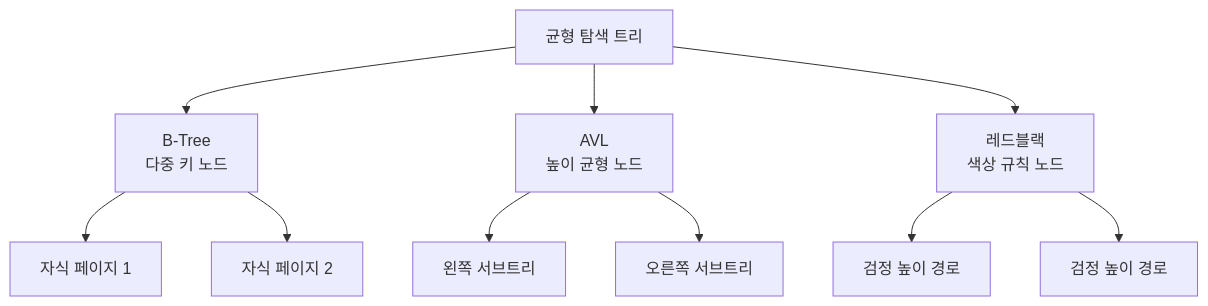
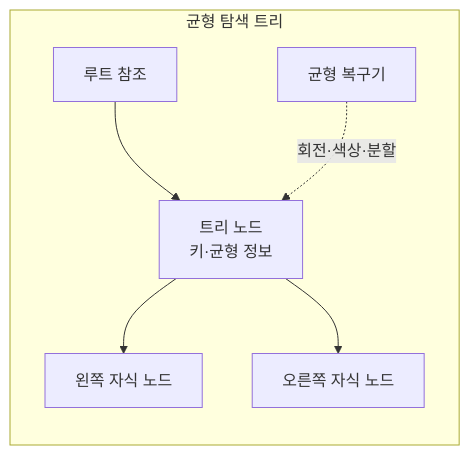
One commit to agnusdei1207/knowledge-base changed the second of 4 diagrams in src/content/docs/notes/01-basic-theory/008_tree_data_structures.md. Above: the diagram before and after it, drawn with Mermaid. The commit also changed other lines of this file and 18 other files, not shown here.

````diff
--- a/src/content/docs/notes/01-basic-theory/008_tree_data_structures.md
+++ b/src/content/docs/notes/01-basic-theory/008_tree_data_structures.md
@@ -58,13 +74,15 @@
 ```mermaid
 flowchart TB
-    T[균형 탐색 트리]
-    T --> BT[B-Tree<br/>다중 키 노드]
-    T --> AV[AVL<br/>높이 균형 노드]
-    T --> RB[레드블랙<br/>색상 규칙 노드]
-    BT --> BP1[자식 페이지 1]
-    BT --> BP2[자식 페이지 2]
-    AV --> AL[왼쪽 서브트리]
-    AV --> AR[오른쪽 서브트리]
-    RB --> RL[검정 높이 경로]
-    RB --> RR[검정 높이 경로]
+    subgraph TREE[균형 탐색 트리]
+        direction TB
+        R[루트 참조]
+        N0[트리 노드<br/>키·균형 정보]
+        N1[왼쪽 자식 노드]
+        N2[오른쪽 자식 노드]
+        B[균형 복구기]
+        R --> N0
+        N0 --> N1
+        N0 --> N2
+        B -. 회전·색상·분할 .-> N0
+    end
 ```
````
